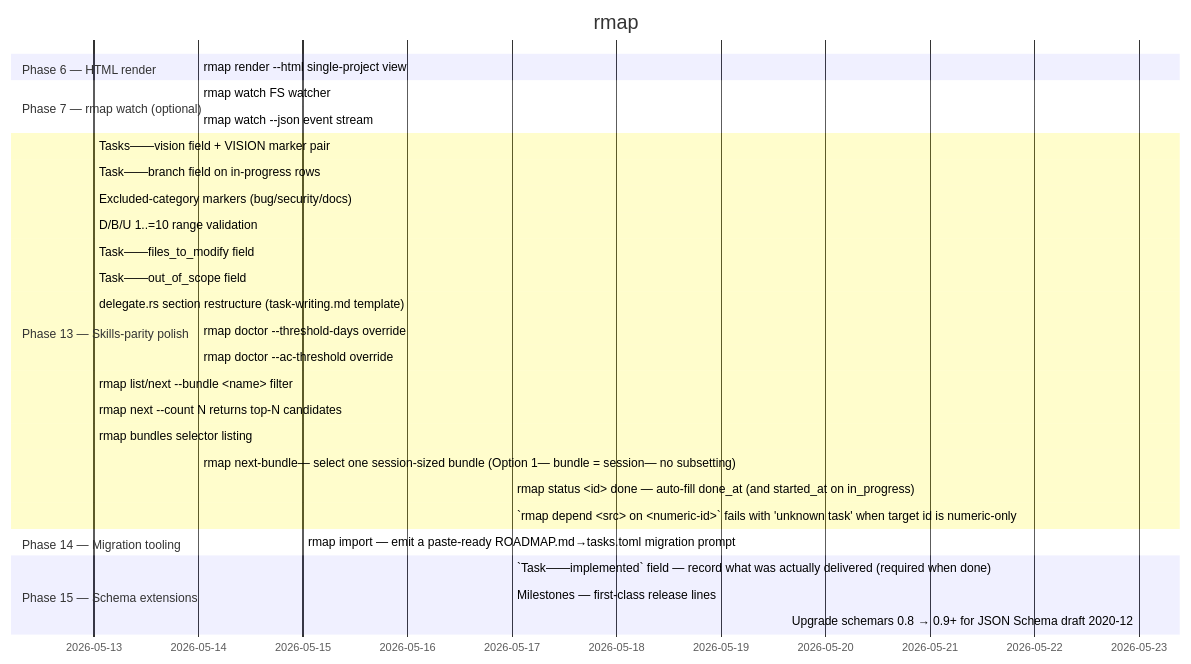
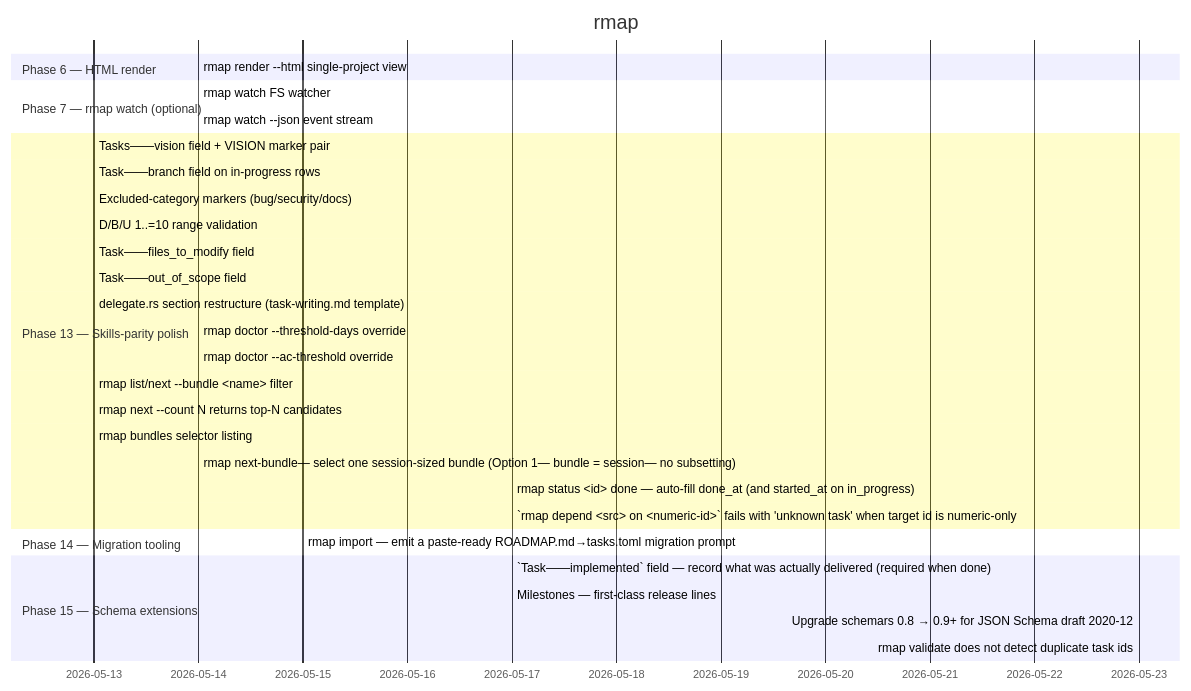
Before and after one commit to ZenHive/rmap: the diagram in ROADMAP.md, drawn with Mermaid. The commit also changed other lines of this file and 9 other files, not shown here.

Commit message:
phase 15 task 30 (bug): rmap validate now detects duplicate task ids (schema_milestones bundle)

````diff
--- a/ROADMAP.md
+++ b/ROADMAP.md
@@ -14,32 +14,33 @@
 ```mermaid
 gantt
     title rmap
     dateFormat YYYY-MM-DD
     section Phase 6 — HTML render
     rmap render --html single-project view :done, 2026-05-14, 2026-05-14
     section Phase 7 — rmap watch (optional)
     rmap watch FS watcher :done, 2026-05-14, 2026-05-14
     rmap watch --json event stream :done, 2026-05-14, 2026-05-14
     section Phase 13 — Skills-parity polish
     Tasks——vision field + VISION marker pair :done, 2026-05-13, 2026-05-13
     Task——branch field on in-progress rows :done, 2026-05-13, 2026-05-13
     Excluded-category markers (bug/security/docs) :done, 2026-05-13, 2026-05-13
     D/B/U 1..=10 range validation :done, 2026-05-13, 2026-05-13
     Task——files_to_modify field :done, 2026-05-13, 2026-05-13
     Task——out_of_scope field :done, 2026-05-13, 2026-05-13
     delegate.rs section restructure (task-writing.md template) :done, 2026-05-13, 2026-05-13
     rmap doctor --threshold-days override :done, 2026-05-14, 2026-05-14
     rmap doctor --ac-threshold override :done, 2026-05-14, 2026-05-14
     rmap list/next --bundle <name> filter :done, 2026-05-13, 2026-05-13
     rmap next --count N returns top-N candidates :done, 2026-05-13, 2026-05-13
     rmap bundles selector listing :done, 2026-05-13, 2026-05-13
     rmap next-bundle— select one session-sized bundle (Option 1— bundle = session— no subsetting) :done, 2026-05-14, 2026-05-14
     rmap status <id> done — auto-fill done_at (and started_at on in_progress) :done, 2026-05-17, 2026-05-17
     `rmap depend <src> on <numeric-id>` fails with 'unknown task' when target id is numeric-only :done, 2026-05-17, 2026-05-17
     section Phase 14 — Migration tooling
     rmap import — emit a paste-ready ROADMAP.md→tasks.toml migration prompt :done, 2026-05-15, 2026-05-15
     section Phase 15 — Schema extensions
     `Task——implemented` field — record what was actually delivered (required when done) :done, 2026-05-17, 2026-05-17
     Milestones — first-class release lines :done, 2026-05-17, 2026-05-17
     Upgrade schemars 0.8 → 0.9+ for JSON Schema draft 2020-12 :done, 2026-05-23, 2026-05-23
+    rmap validate does not detect duplicate task ids :done, 2026-05-23, 2026-05-23
 ```
````
